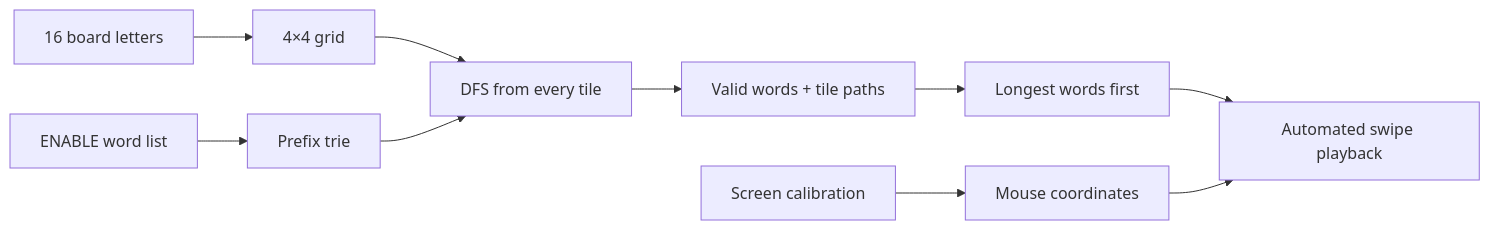
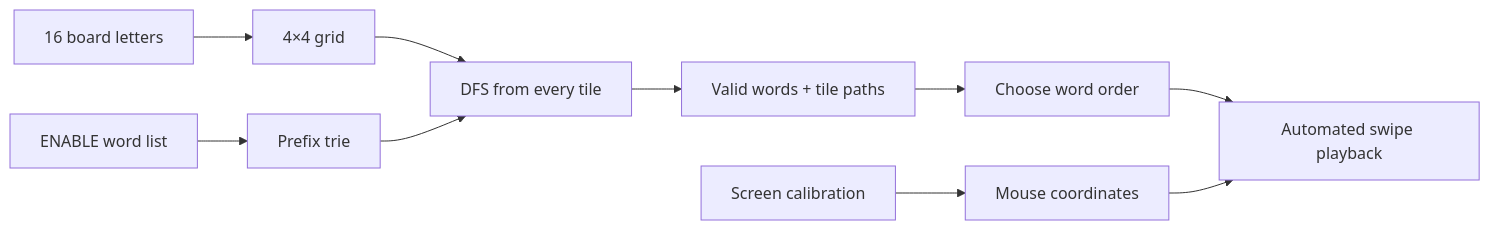
One commit to PratikP0317/WordGames_Bot changed the diagram in README.md. Above: the diagram before and after it, drawn with Mermaid. The commit also changed other lines of this file, not shown here.

````diff
--- a/README.md
+++ b/README.md
@@ -41,12 +45,12 @@
 ```mermaid
 flowchart LR
     A[16 board letters] --> B[4×4 grid]
     B --> C[DFS from every tile]
     D[ENABLE word list] --> E[Prefix trie]
     E --> C
     C --> F[Valid words + tile paths]
-    F --> G[Longest words first]
+    F --> G[Choose word order]
     H[Screen calibration] --> I[Mouse coordinates]
     G --> J[Automated swipe playback]
     I --> J
 ```
````
